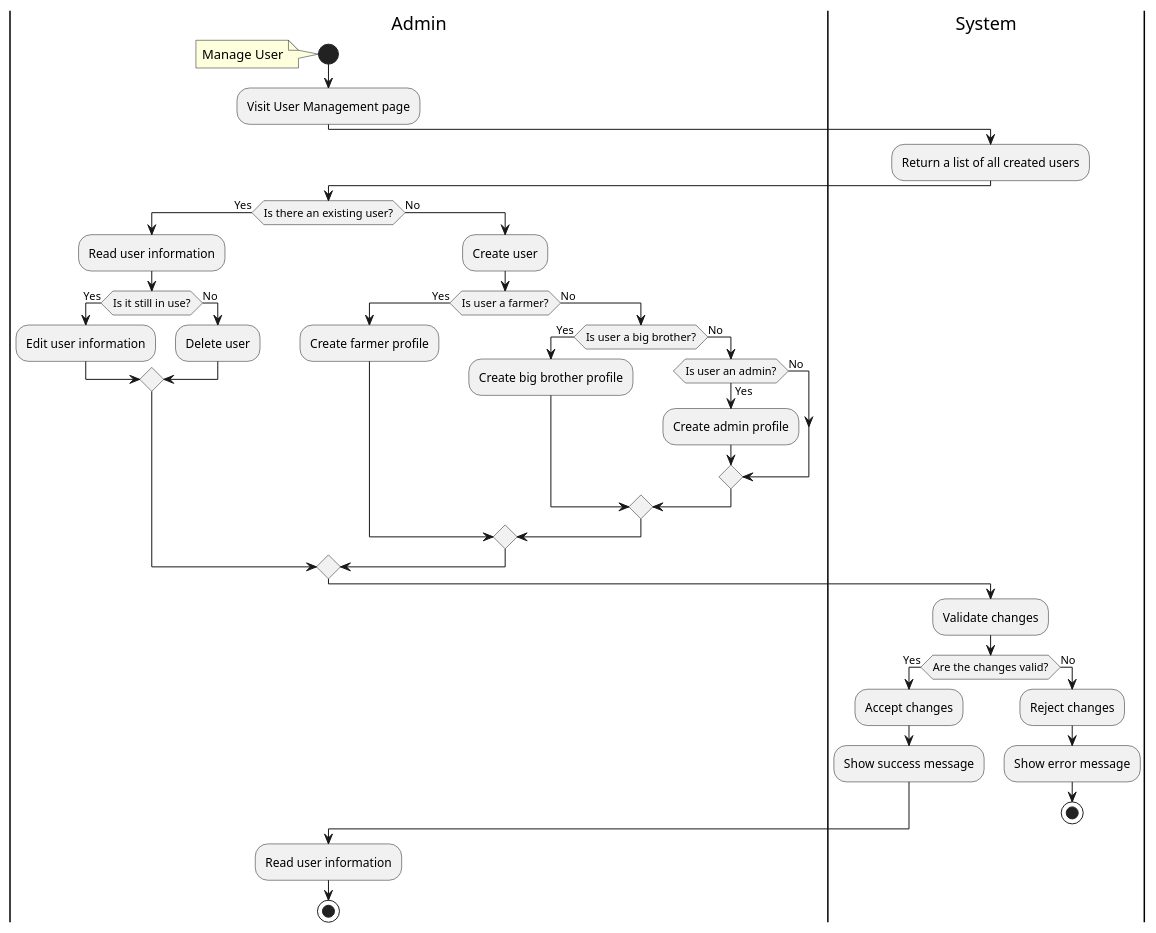
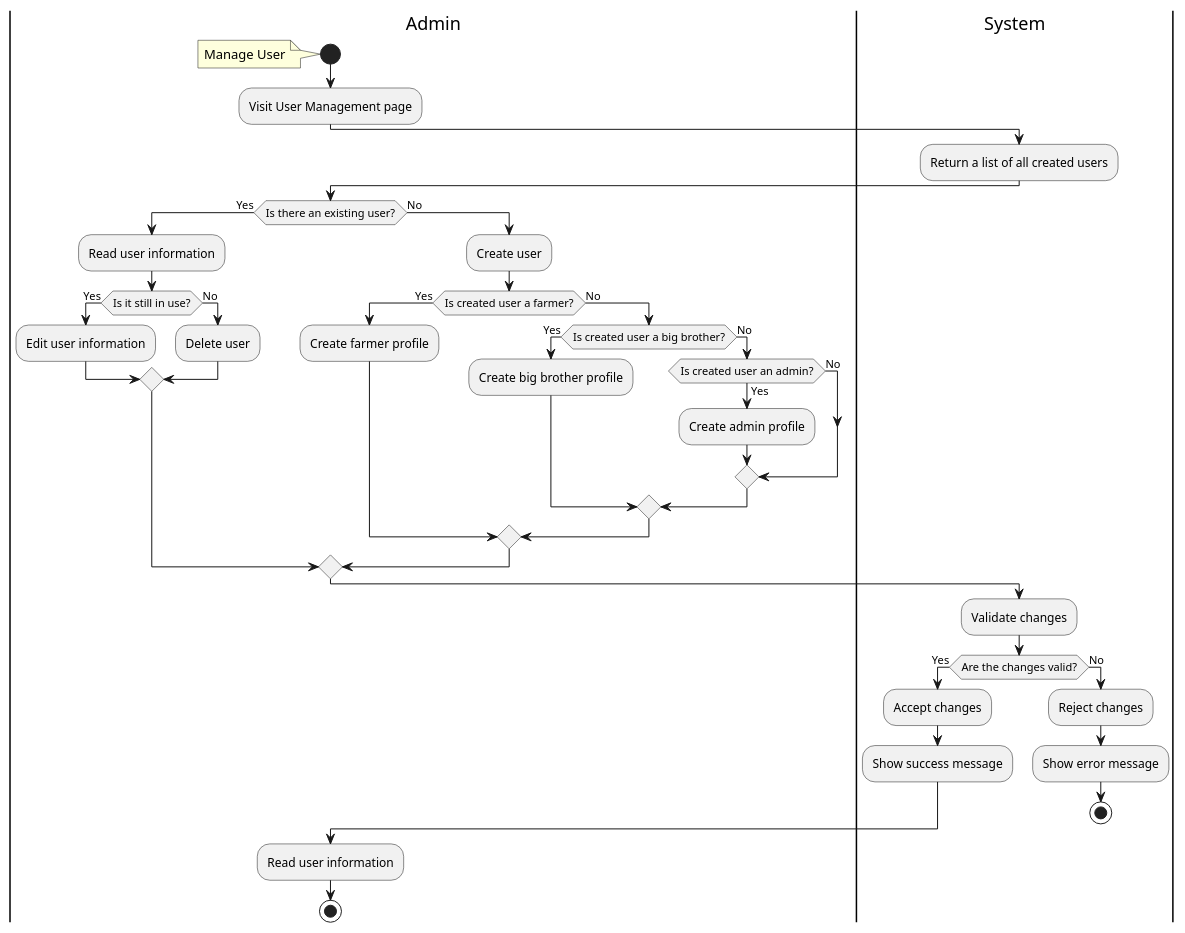
The diagram in plantuml/proposed/activity/manage-user.wsd (radical-doubting/anikultura-diagrams), drawn with PlantUML before and after one commit. The commit also changed 6 other files, not shown here.

Commit message:
Updated usecase and activity diagrams

```diff
--- a/plantuml/proposed/activity/manage-user.wsd
+++ b/plantuml/proposed/activity/manage-user.wsd
@@ -1,53 +1,53 @@
 @startuml
 
 |Admin|
 start
 note left: Manage User
 
 :Visit User Management page;
 
 |System|
 :Return a list of all created users;
 |Admin|
 
 if (Is there an existing user?) then (Yes)
     :Read user information;
     if (Is it still in use?) then (Yes)
         :Edit user information;
     else (No)
         :Delete user;
     endif
 else (No)
     :Create user;
 
-    if (Is user a farmer?) then (Yes)
+    if (Is created user a farmer?) then (Yes)
         :Create farmer profile;
     else (No)
-        if (Is user a big brother?) then (Yes)
+        if (Is created user a big brother?) then (Yes)
             :Create big brother profile;
         else (No)
-            if (Is user an admin?) then (Yes)
+            if (Is created user an admin?) then (Yes)
                 :Create admin profile;
             else (No)
             endif
         endif
     endif
 endif
 
 |System|
 :Validate changes;
 if (Are the changes valid?) then (Yes)
     :Accept changes;
     :Show success message;
 else (No)
     :Reject changes;
     :Show error message;
     stop
 endif
 
 |Admin|
 :Read user information;
 
 stop
 
 @enduml
```
